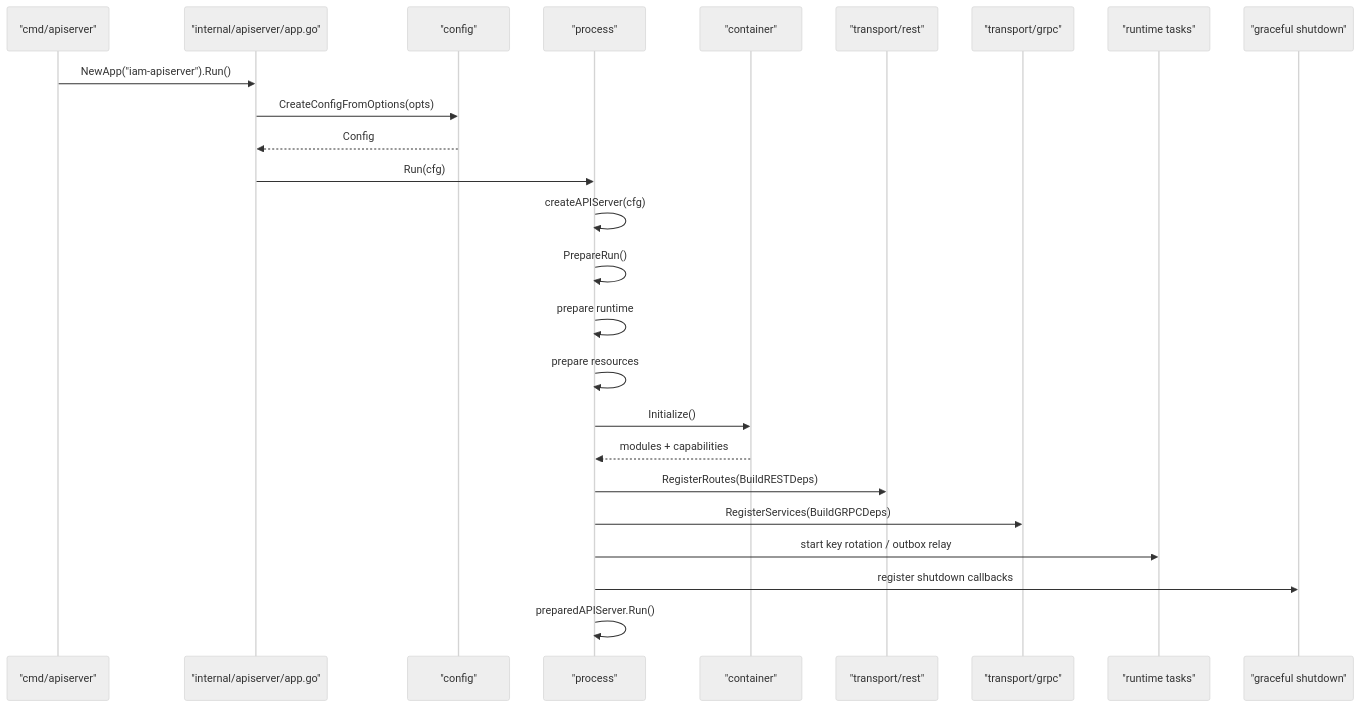
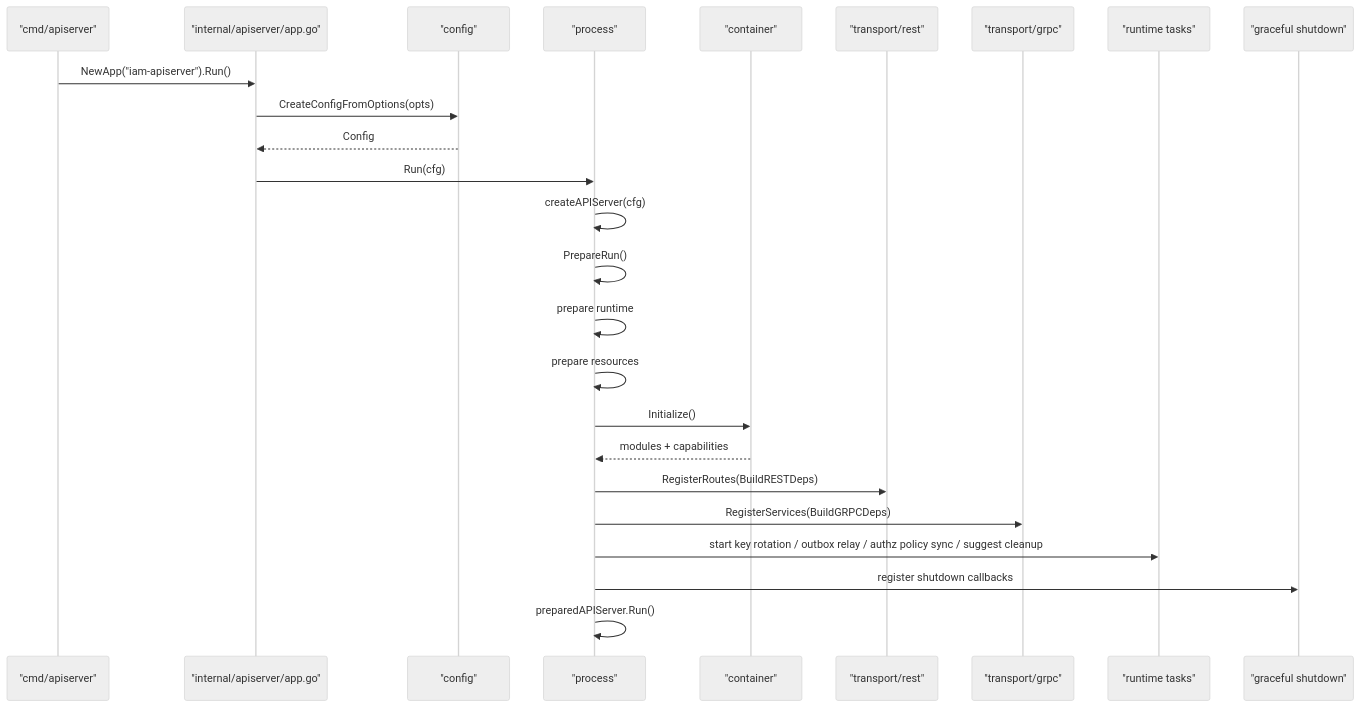
One commit to FangcunMount/iam changed the second of 2 diagrams in docs/01-运行时/README.md. Above: the diagram before and after it, drawn with Mermaid (neutral theme). The commit also changed other lines of this file and 5 other files, not shown here.

````diff
--- a/docs/01-运行时/README.md
+++ b/docs/01-运行时/README.md
@@ -238,32 +240,32 @@
 ```mermaid
 sequenceDiagram
     participant Main as "cmd/apiserver"
     participant App as "internal/apiserver/app.go"
     participant Config as "config"
     participant Process as "process"
     participant Container as "container"
     participant REST as "transport/rest"
     participant GRPC as "transport/grpc"
     participant Tasks as "runtime tasks"
     participant Shutdown as "graceful shutdown"
 
     Main->>App: NewApp("iam-apiserver").Run()
     App->>Config: CreateConfigFromOptions(opts)
     Config-->>App: Config
     App->>Process: Run(cfg)
 
     Process->>Process: createAPIServer(cfg)
     Process->>Process: PrepareRun()
 
     Process->>Process: prepare runtime
     Process->>Process: prepare resources
     Process->>Container: Initialize()
     Container-->>Process: modules + capabilities
 
     Process->>REST: RegisterRoutes(BuildRESTDeps)
     Process->>GRPC: RegisterServices(BuildGRPCDeps)
 
-    Process->>Tasks: start key rotation / outbox relay
+    Process->>Tasks: start key rotation / outbox relay / authz policy sync / suggest cleanup
     Process->>Shutdown: register shutdown callbacks
     Process->>Process: preparedAPIServer.Run()
 ```
````
